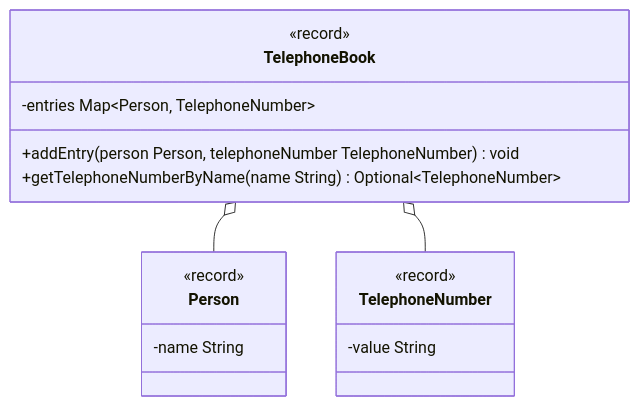
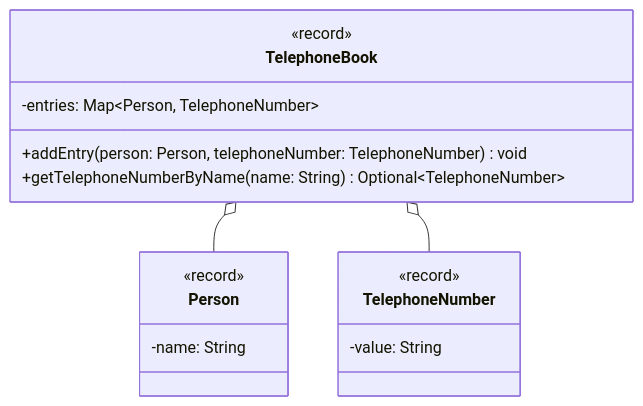
One commit to jappuccini/java-docs changed the diagram in docs/exercises/optionals/optionals02.md. Above: the diagram before and after it, drawn with Mermaid. The commit also changed 76 other files, not shown here.

Commit message:
uml fixes (colons, properties), headline fixes (italic) and exam result updates

````diff
--- a/docs/exercises/optionals/optionals02.md
+++ b/docs/exercises/optionals/optionals02.md
@@ -14,22 +14,22 @@
 ```mermaid
 classDiagram
     TelephoneBook o-- Person
     TelephoneBook o-- TelephoneNumber
 
     class Person {
         <<record>>
-        -name String
+        -name: String
     }
 
     class TelephoneNumber {
         <<record>>
-        -value String
+        -value: String
     }
 
     class TelephoneBook {
         <<record>>
-        -entries Map~Person&sbquo; TelephoneNumber~
-        +addEntry(person Person, telephoneNumber TelephoneNumber) void
-        +getTelephoneNumberByName(name String) Optional~TelephoneNumber~
+        -entries: Map~Person, TelephoneNumber~
+        +addEntry(person: Person, telephoneNumber: TelephoneNumber) void
+        +getTelephoneNumberByName(name: String) Optional~TelephoneNumber~
     }
 ```
````
